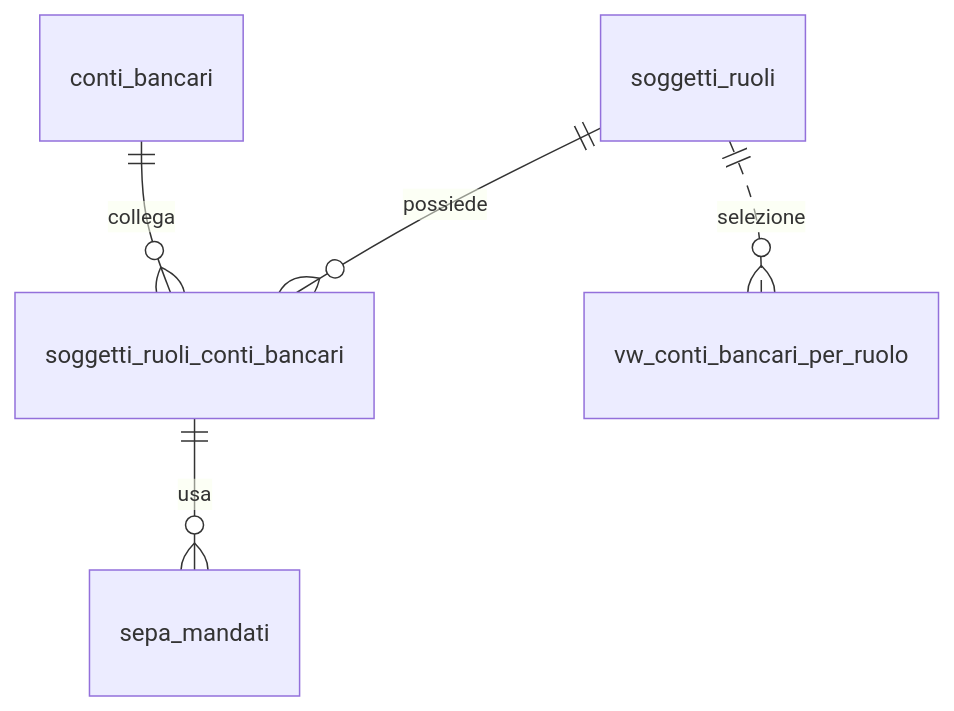
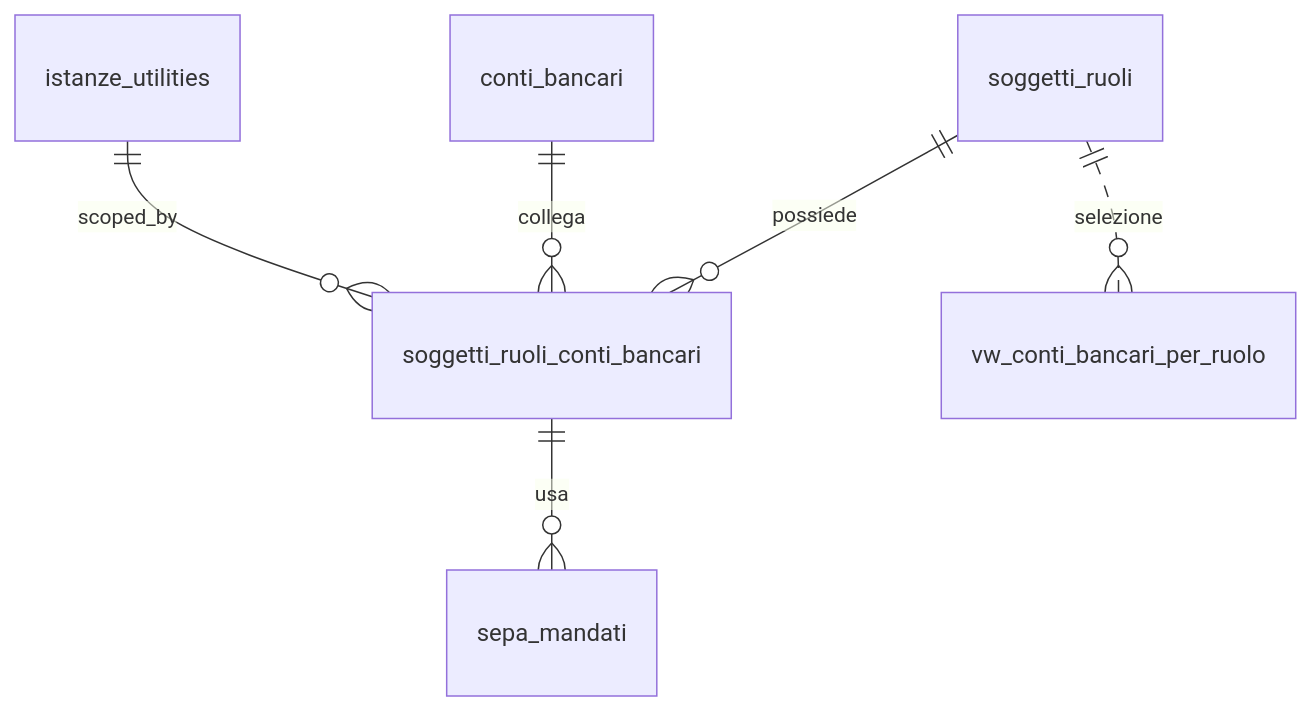
The diagram in docs/it/dbzero/anagrafiche/manual/soggetti_ruoli_conti_bancari.md (Tito-it/ZeroErp), drawn with Mermaid before and after one commit. The commit also changed other lines of this file and 25 other files, not shown here.

````diff
--- a/docs/it/dbzero/anagrafiche/manual/soggetti_ruoli_conti_bancari.md
+++ b/docs/it/dbzero/anagrafiche/manual/soggetti_ruoli_conti_bancari.md
@@ -118,8 +134,9 @@
 ```mermaid
 %%{init: {'er': {'layoutDirection': 'TB'}}}%%
 erDiagram
     soggetti_ruoli ||--o{ soggetti_ruoli_conti_bancari : possiede
     conti_bancari ||--o{ soggetti_ruoli_conti_bancari : collega
+    istanze_utilities ||--o{ soggetti_ruoli_conti_bancari : scoped_by
     soggetti_ruoli_conti_bancari ||--o{ sepa_mandati : usa
     soggetti_ruoli ||..o{ vw_conti_bancari_per_ruolo : selezione
 ```
````
